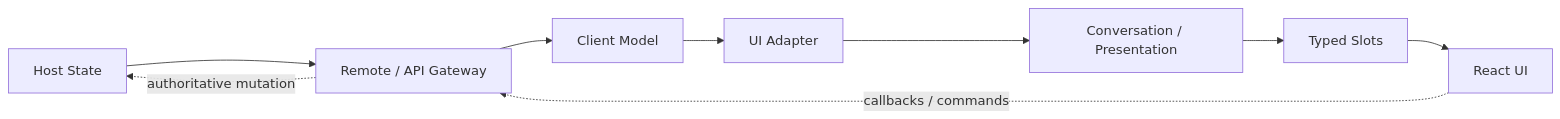
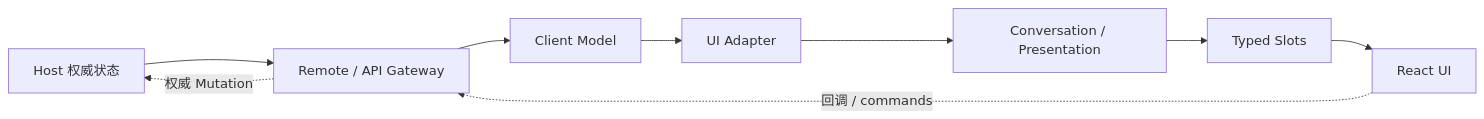
Before and after one commit to 0326/dsh-plugin-market: the diagram in src/react-app/content/whitepaper/v0.1.5-rc.1/11-web-client.md, drawn with Mermaid. The commit also changed other lines of this file, not shown here.

Commit message:
docs: complete web client subsystem coverage and localize diagram

````diff
--- a/src/react-app/content/whitepaper/v0.1.5-rc.1/11-web-client.md
+++ b/src/react-app/content/whitepaper/v0.1.5-rc.1/11-web-client.md
@@ -22,11 +28,11 @@
 ```mermaid id=web-client-flow
 flowchart LR
-  H["Host State"] --> R["Remote / API Gateway"]
+  H["Host 权威状态"] --> R["Remote / API Gateway"]
   R --> M["Client Model"]
   M --> U["UI Adapter"]
   U --> C["Conversation / Presentation"]
   C --> S["Typed Slots"]
   S --> V["React UI"]
-  V -. "callbacks / commands" .-> R
-  R -. "authoritative mutation" .-> H
+  V -. "回调 / commands" .-> R
+  R -. "权威 Mutation" .-> H
 ```
````
